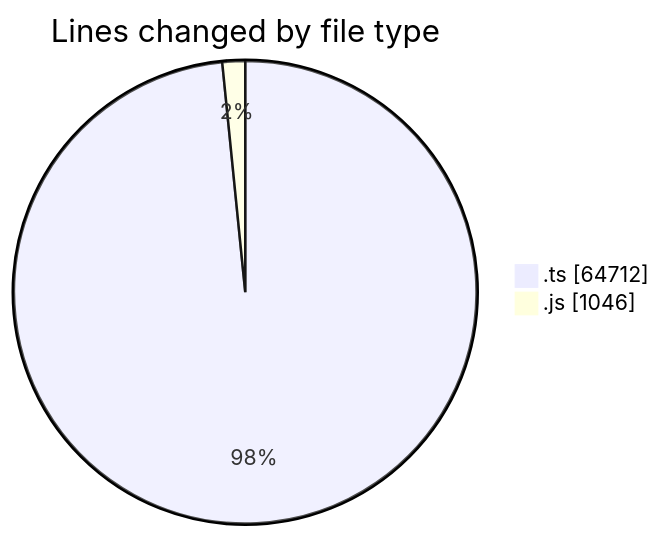
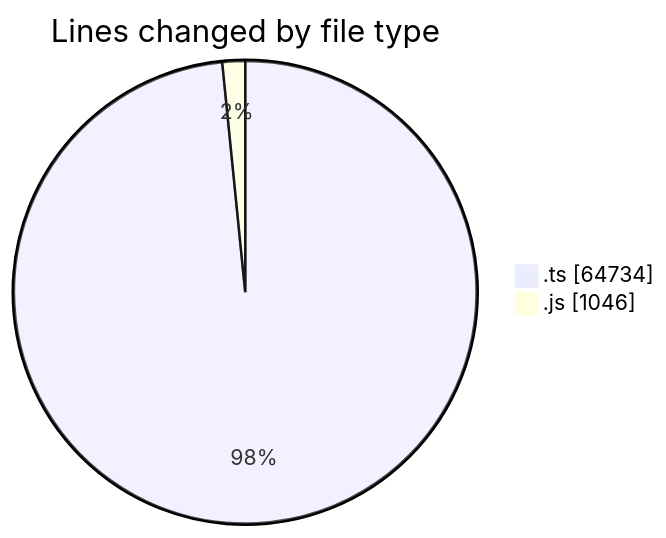
One commit to momahboobian/code-tracking changed the first of 2 diagrams in 2025-09-29/cda/README.md. Above: the diagram before and after it, drawn with Mermaid. The commit also changed other lines of this file and 1 other file, not shown here.

````diff
--- a/2025-09-29/cda/README.md
+++ b/2025-09-29/cda/README.md
@@ -28,6 +28,6 @@
 ```mermaid
 pie showData
 title Lines changed by file type
-".ts" : 64712
+".ts" : 64734
 ".js" : 1046
 ```
````
